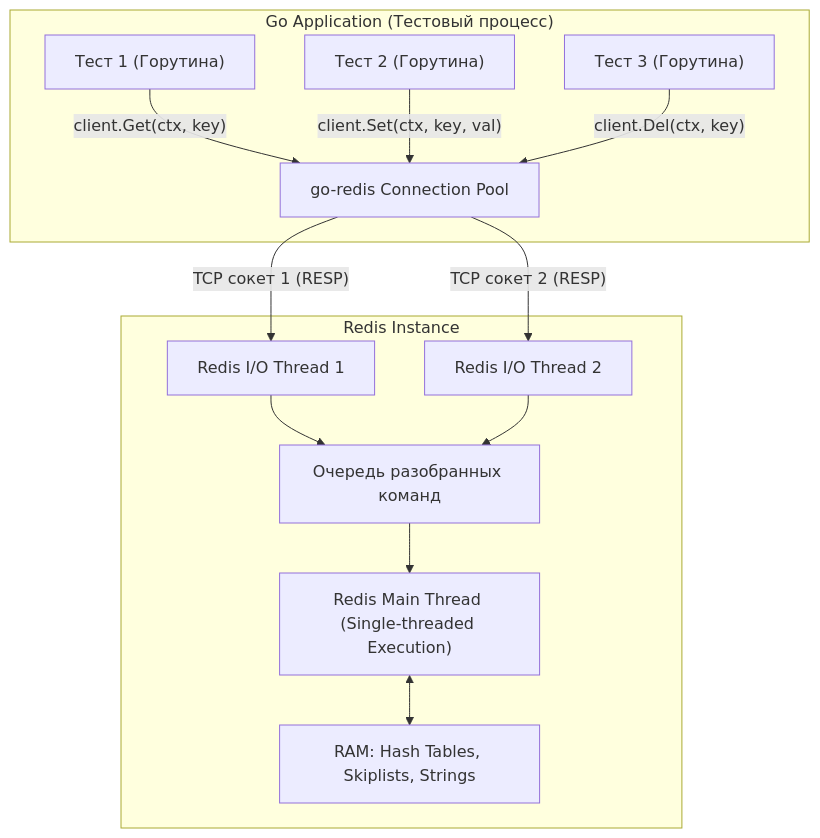
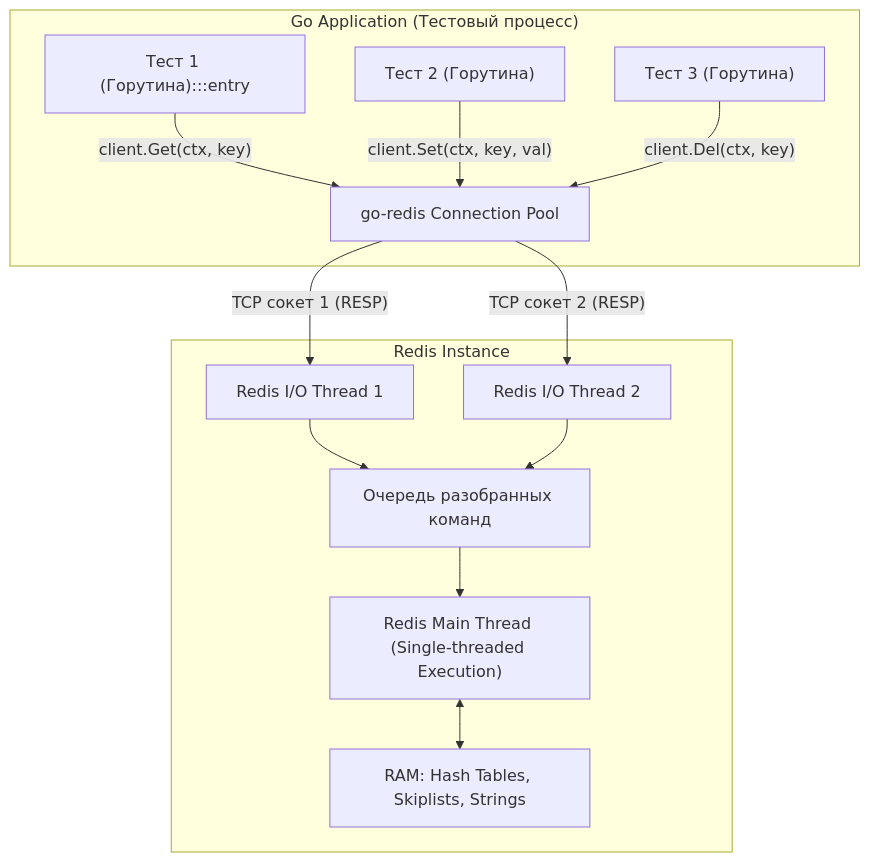
One commit to UnrealTemplier/go-textbook changed the diagram in sources/15. Тестирование в Go (QA & Testing)/05. Интеграционные тесты/6. Тестирование Redis.md. Above: the diagram before and after it, drawn with Mermaid. The commit also changed 1666 other files, not shown here.

First line of the commit message:
feat(mermaid): add semantic color classDef to 1369 colorless flowchart/graph diagrams

````diff
--- a/sources/15. Тестирование в Go (QA & Testing)/05. Интеграционные тесты/6. Тестирование Redis.md
+++ b/sources/15. Тестирование в Go (QA & Testing)/05. Интеграционные тесты/6. Тестирование Redis.md
@@ -36,18 +36,28 @@
 ```mermaid
 flowchart TD
+    classDef process  fill:#1e293b,stroke:#38bdf8,stroke-width:1px,color:#f8fafc
+    classDef success  fill:#064e3b,stroke:#34d399,stroke-width:1px,color:#f8fafc
+    classDef error    fill:#7f1d1d,stroke:#f87171,stroke-width:1px,color:#f8fafc
+    classDef warning  fill:#78350f,stroke:#fbbf24,stroke-width:1px,color:#f8fafc
+    classDef entry    fill:#1e3a5f,stroke:#38bdf8,stroke-width:2px,color:#f8fafc
+    classDef aux      fill:#334155,stroke:#64748b,stroke-width:1px,color:#f8fafc
+    classDef system   fill:#312e81,stroke:#a78bfa,stroke-width:1px,color:#f8fafc
+    classDef data     fill:#132d29,stroke:#2dd4bf,stroke-width:1px,color:#f8fafc
+    classDef network  fill:#881337,stroke:#fb7185,stroke-width:1px,color:#f8fafc
+    classDef accent   fill:#1e1b4b,stroke:#818cf8,stroke-width:1px,color:#f8fafc
     subgraph App["Go Application (Тестовый процесс)"]
-        T1["Тест 1 (Горутина)"] -->|"client.Get(ctx, key)"| Pool["go-redis Connection Pool"]
+        T1["Тест 1 (Горутина):::entry"] -->|"client.Get(ctx, key)"| Pool["go-redis Connection Pool"]
         T2["Тест 2 (Горутина)"] -->|"client.Set(ctx, key, val)"| Pool
         T3["Тест 3 (Горутина)"] -->|"client.Del(ctx, key)"| Pool
     end
 
     Pool -->|"TCP сокет 1 (RESP)"| IO1["Redis I/O Thread 1"]
     Pool -->|"TCP сокет 2 (RESP)"| IO2["Redis I/O Thread 2"]
 
     subgraph RedisServer["Redis Instance"]
         IO1 --> Queue["Очередь разобранных команд"]
         IO2 --> Queue
         Queue --> MainThread["Redis Main Thread (Single-threaded Execution)"]
         MainThread <--> Memory["RAM: Hash Tables, Skiplists, Strings"]
     end
 ```
````
